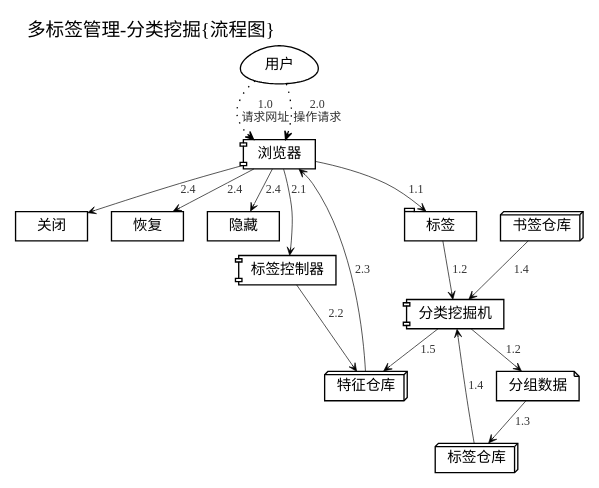
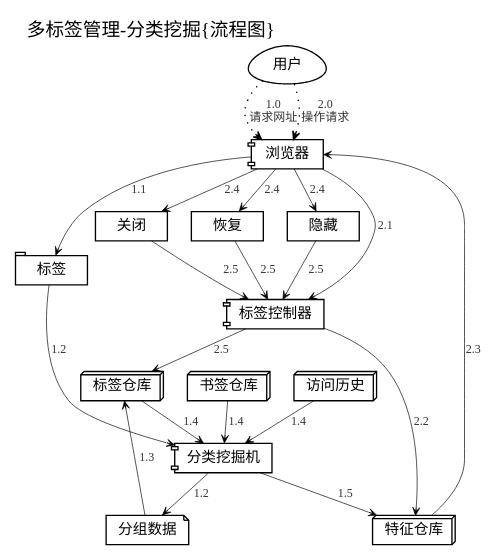
Before and after one commit to ZoomQuiet/zoomquiet.tangle: the diagram in dot/drm4k/lb-multitab-digger.dot, drawn with Graphviz. The commit also changed 5 other files, not shown here.

```diff
--- a/dot/drm4k/lb-multitab-digger.dot
+++ b/dot/drm4k/lb-multitab-digger.dot
@@ -1,96 +1,98 @@
     /*生成命令:
 $ dot -Tpng lb-multitab-digger.dot -o lb-multitab-digger.png
  -Tcmapx -o lb-crx-roles.map
     全局设定
     plaintext
 {{{#!GraphViz dot
     */
 
 digraph G4Lmultitabdigger {
     /*全局设定*/
     graph [label="多标签管理-分类挖掘{流程图}"
         ,fontsize=14.0
         ,fontname="WenQuanYi Micro Hei"
         ,labeljust="l",labelloc="t",center=1
         ,ranksep=0.3,center=1,ratio=compress
         ,rankdir=TB
         ];
 
     node[fontsize=11.0,height=0.3
         ,fontname="WenQuanYi Micro Hei"
         ,shape=component 
         ];
 
     edge [fontsize=9.0,fontcolor="#333333"
         ,fontname="WenQuanYi Micro Hei"
         ,arrowsize=0.6,arrowhead=vee,arrowtail=none
         ,style="setlinewidth(0.5)"
         ];
 /*
     src [label="源码",shape=ellipse,style="filled,dashed,setlinewidth(5)"
         ,color="#333333",fillcolor=dimgray
         ,URL="http://code.google.com/p/zoomquiet/source/browse/dot/obp/csdndr1-km.dot?repo=tangle"];
     /*图元声明
     start       [label="流程开始/结束",shape=point];
     end         [label="",shape=doublecircle,fillcolor=red];
 
     box         [label="实体/对象",shape=box];
     ellipse     [label="行动/节点",shape=ellipse];
     egg         [label="用户/人物",shape=egg];
     plaintext   [label="状态/属性",shape=plaintext,fillcolor=whitesmoke];
     diamond     [label="判别",shape=diamond];
     note        [label="注释",shape=note];
     tab         [label="目录/模块",shape=tab];
     db          [label="数据库",shape=box3d];
     component   [label="主机/组件",shape=component];
   ,style="rounded,dotted"];
     url [label="网址",shape=note];
     act [label="操作",shape=note];
 */
 
     USER [label="用户",shape=egg];
         close [label="关闭",shape=box];
         revert [label="恢复",shape=box];
         hide [label="隐藏",shape=box];
 
     browser [label="浏览器"];
 
     TAB [label="标签",shape=tab];
 
     tabStore [label="标签仓库",shape=box3d];
     bmStore [label="书签仓库",shape=box3d];
+    hisStore [label="访问历史",shape=box3d];
     tagStore [label="特征仓库",shape=box3d];
 
     reTAB [label="分类挖掘机",shape=component];
         groups [label="分组数据",shape=note];
     doTAB [label="标签控制器",shape=component];
 
 
     /*图例关系
     */
     USER->browser  [label="1.0\n请求网址",style="dotted"];
     browser->TAB   [label="1.1"];
         TAB->reTAB->groups [label="1.2"];
         groups->tabStore [label="1.3"];
-        {tabStore bmStore}->reTAB [label="1.4"];
+        {tabStore bmStore hisStore}->reTAB [label="1.4"];
         reTAB->tagStore [label="1.5"];
         
     USER->browser [label="2.0\n操作请求",style="dotted"];
     browser->doTAB [label="2.1"];
         doTAB->tagStore [label="2.2"];
         tagStore->browser [label="2.3"];
         browser->{close revert hide} [label="2.4"];
+        {close revert hide}->doTAB->tabStore [label="2.5"];
 
 /*
     { rank=same; AC    srvAC; }
     { rank=same; COMM    commander; }
     { rank=same; DONE   uriStore; }
 
     AC[label="认证准备",shape=plaintext];
     COMM[label="推荐阶段",shape=plaintext];
     DONE[label="完成阶段",shape=plaintext];
     AC->COMM->DONE;
 */
     edge [style=invis];
 
 }
```
